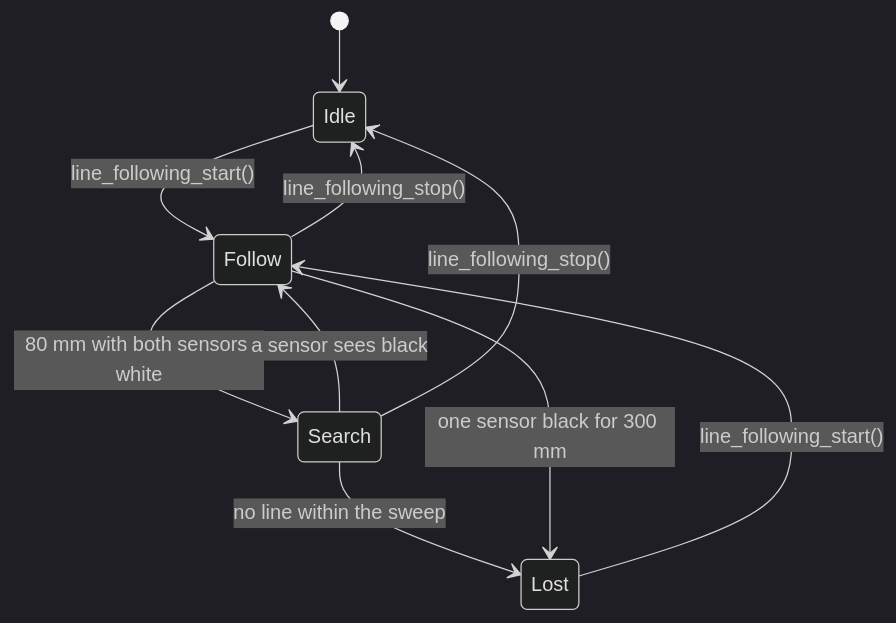
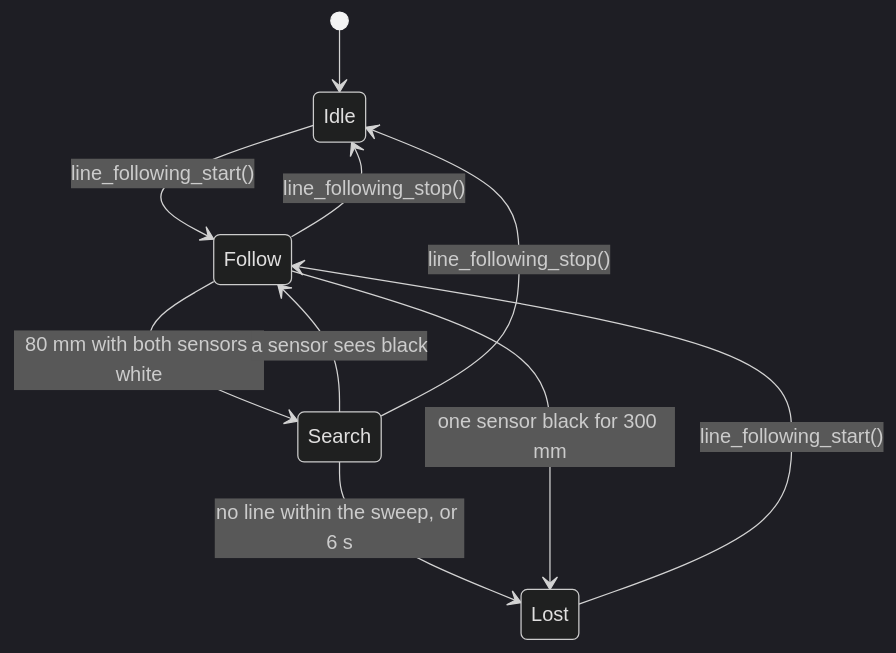
Before and after one commit to 10x-Slackers/INF2004: the third of 5 diagrams in docs/ARCHITECTURE.md, drawn with Mermaid (dark theme). The commit also changed 3 other files, not shown here.

First line of the commit message:
feat: cap the lost-line search at 6 s

````diff
--- a/docs/ARCHITECTURE.md
+++ b/docs/ARCHITECTURE.md
@@ -170,12 +170,12 @@
 ```mermaid
 stateDiagram-v2
     [*] --> Idle
     Idle --> Follow: line_following_start()
     Follow --> Search: 80 mm with both sensors white
     Search --> Follow: a sensor sees black
-    Search --> Lost: no line within the sweep
+    Search --> Lost: no line within the sweep, or 6 s
     Follow --> Lost: one sensor black for 300 mm
     Lost --> Follow: line_following_start()
     Follow --> Idle: line_following_stop()
     Search --> Idle: line_following_stop()
 ```
````
